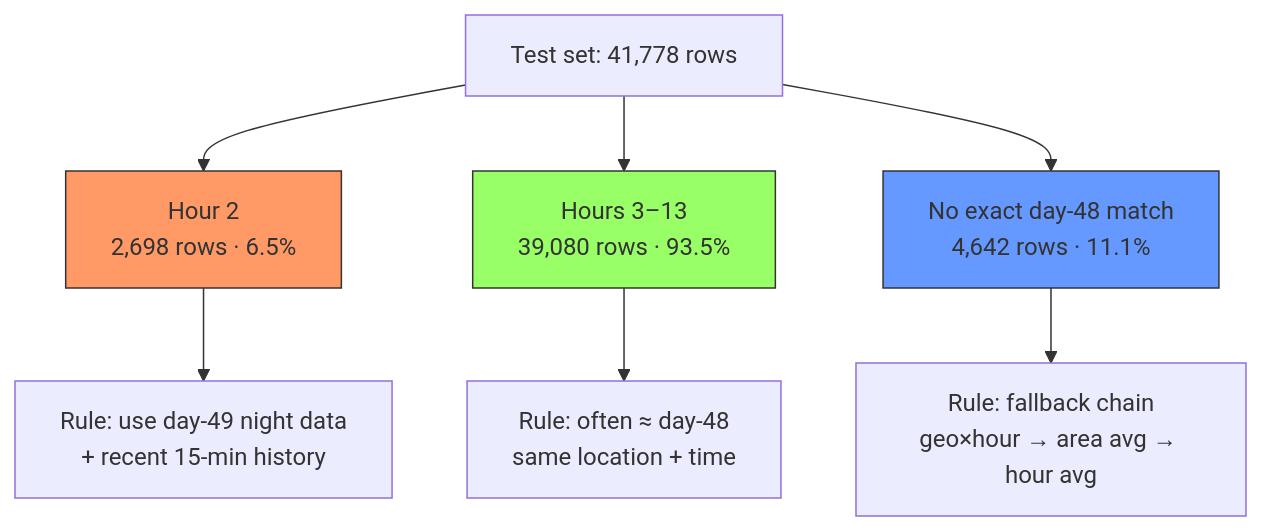
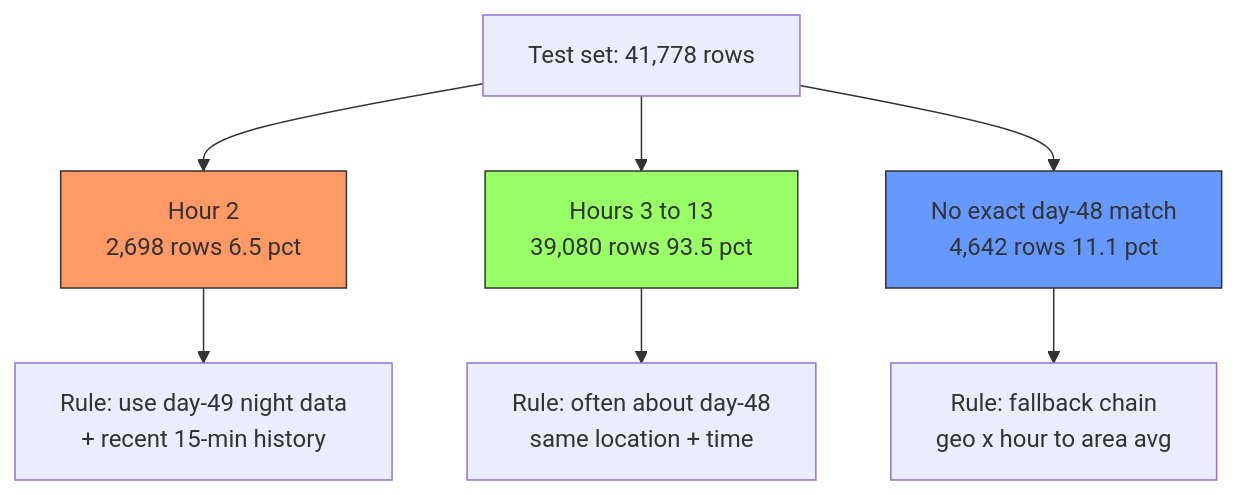
The fourth of 11 diagrams in content/posts/bangalore-traffic-demand-prediction.md (rishitaprabhakarp-cell/BLOG), drawn with Mermaid before and after one commit. The commit also changed other lines of this file and 13 other files, not shown here.

Commit message:
fix():mermaid rendering was fixed

````diff
--- a/content/posts/bangalore-traffic-demand-prediction.md
+++ b/content/posts/bangalore-traffic-demand-prediction.md
@@ -167,16 +165,16 @@
 ```mermaid
 flowchart TB
     TEST[Test set: 41,778 rows]
 
-    TEST --> H2[Hour 2<br/>2,698 rows · 6.5%]
-    TEST --> DAY[Hours 3–13<br/>39,080 rows · 93.5%]
-    TEST --> MISS[No exact day-48 match<br/>4,642 rows · 11.1%]
+    TEST --> H2[Hour 2<br/>2,698 rows 6.5 pct]
+    TEST --> DAY[Hours 3 to 13<br/>39,080 rows 93.5 pct]
+    TEST --> MISS[No exact day-48 match<br/>4,642 rows 11.1 pct]
 
     H2 --> R2[Rule: use day-49 night data<br/>+ recent 15-min history]
-    DAY --> R1[Rule: often ≈ day-48<br/>same location + time]
-    MISS --> R3[Rule: fallback chain<br/>geo×hour → area avg → hour avg]
+    DAY --> R1[Rule: often about day-48<br/>same location + time]
+    MISS --> R3[Rule: fallback chain<br/>geo x hour to area avg]
 
     style H2 fill:#f96,stroke:#333
     style DAY fill:#9f6,stroke:#333
     style MISS fill:#69f,stroke:#333
 ```
````
